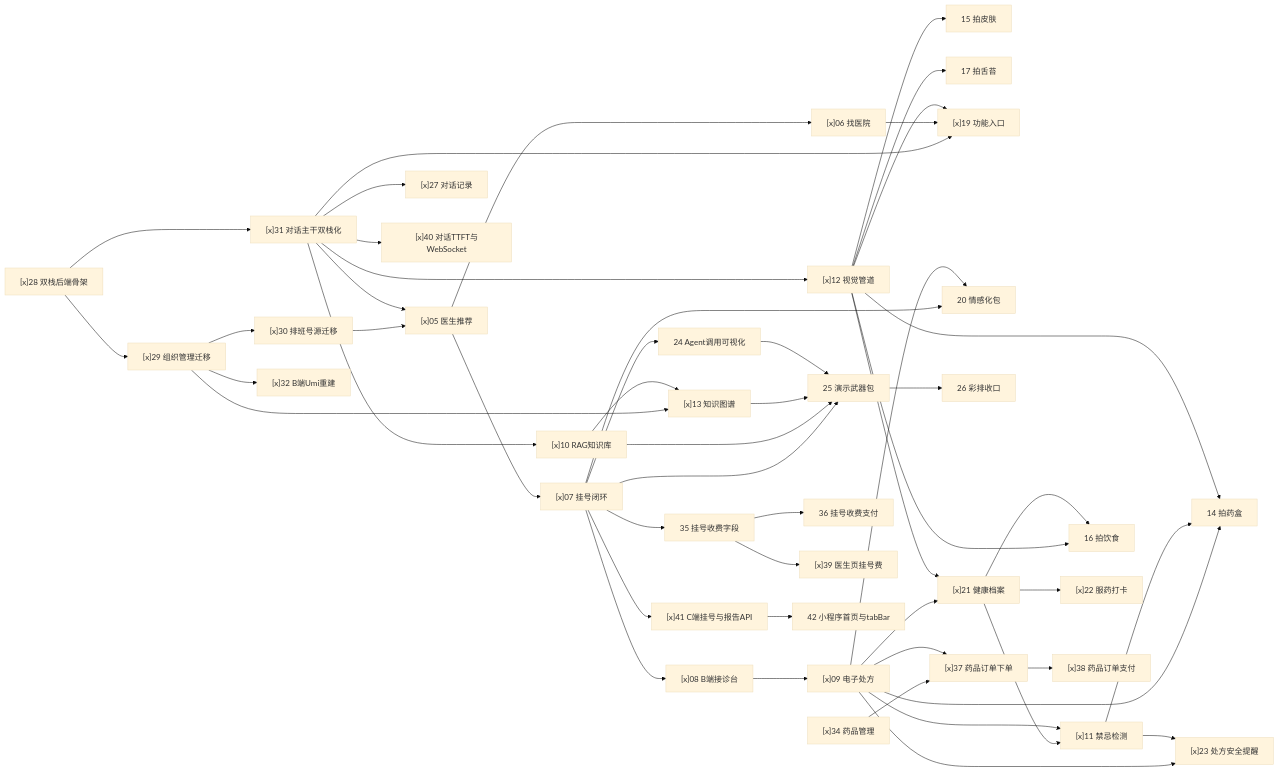
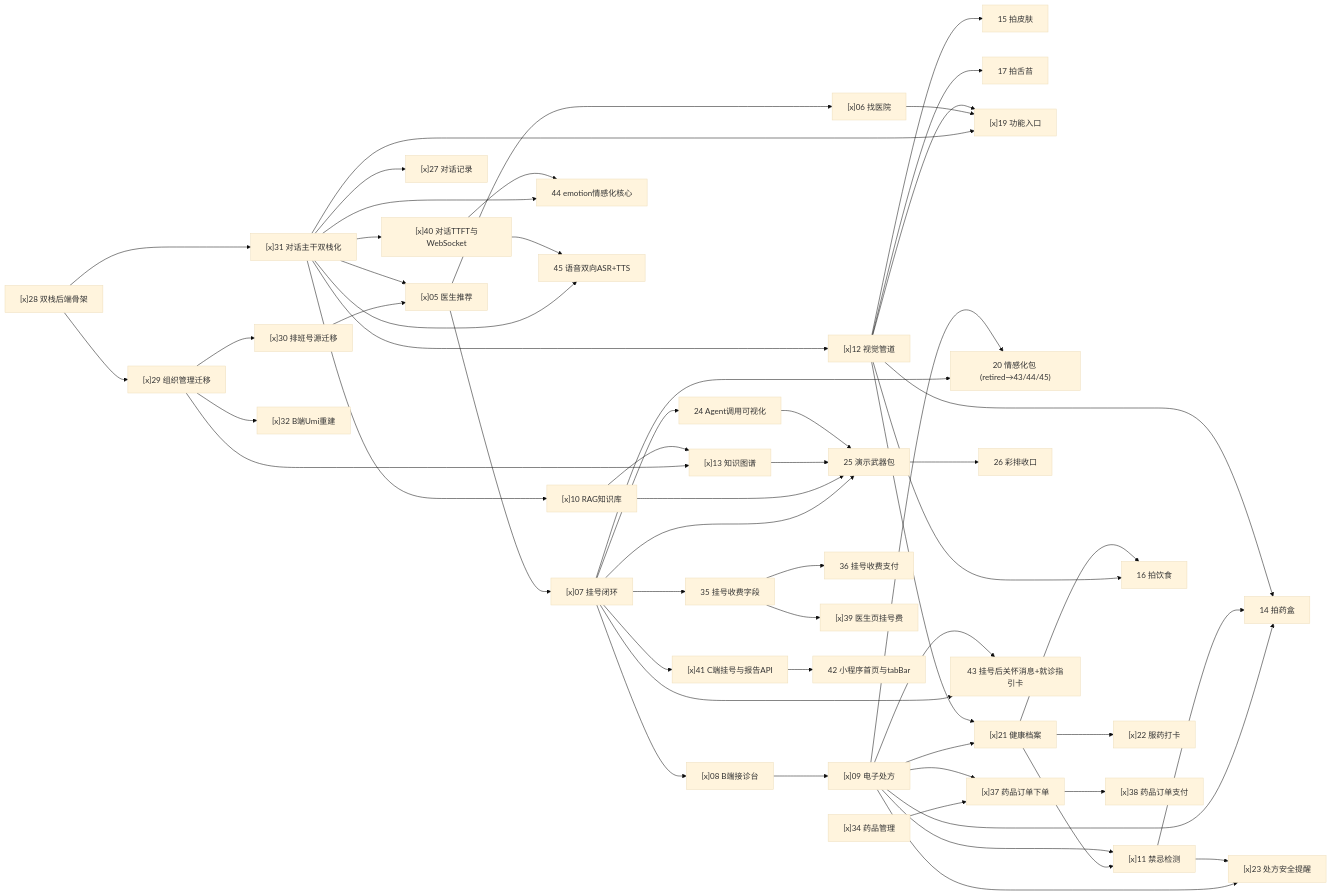
The diagram in README.md (ILoveFurina/zhiyu-health), drawn with Mermaid (base theme) before and after one commit.

Commit message:
docs(readme): 依赖图补43/44/45并标20 retired

```diff
--- a/README.md
+++ b/README.md
@@ -41,7 +41,7 @@
     T17["17 拍舌苔"]
 
     T19["[x]19 功能入口"]
-    T20["20 情感化包"]
+    T20["20 情感化包 (retired→43/44/45)"]
     T21["[x]21 健康档案"]
     T22["[x]22 服药打卡"]
     T23["[x]23 处方安全提醒"]
@@ -59,6 +59,10 @@
     T40["[x]40 对话TTFT与WebSocket"]
     T41["[x]41 C端挂号与报告API"]
     T42["42 小程序首页与tabBar"]
+
+    T43["43 挂号后关怀消息+就诊指引卡"]
+    T44["44 emotion情感化核心"]
+    T45["45 语音双向ASR+TTS"]
 
     T28 --> T29
     T28 --> T31
@@ -100,6 +104,15 @@
     T07 --> T20
     T09 --> T20
 
+    T07 --> T43
+    T09 --> T43
+
+    T31 --> T44
+    T40 --> T44
+
+    T31 --> T45
+    T40 --> T45
+
     T21 --> T22
 
     T09 --> T23
```
